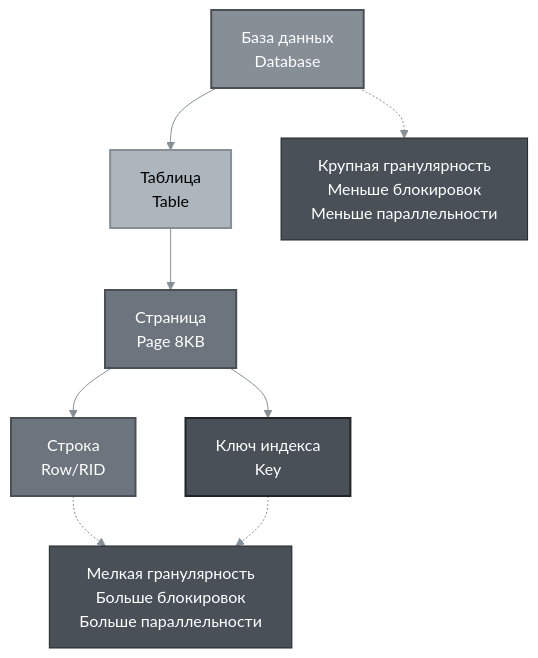
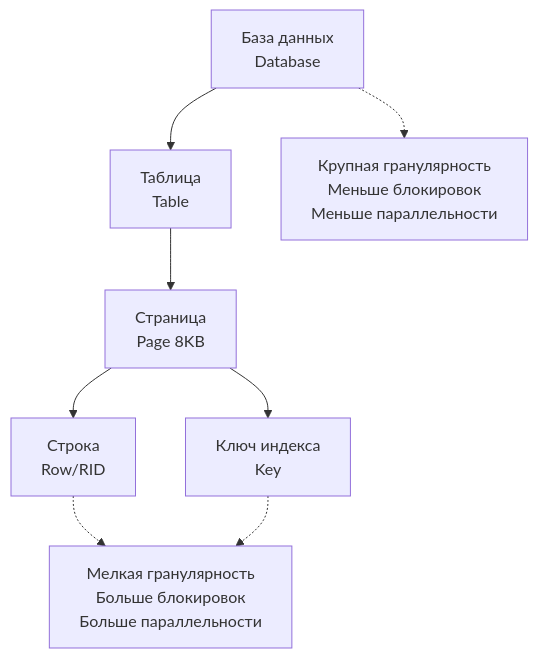
Before and after one commit to alx314vo/db_exam: diagram 11 of 23 in db_exam.md, drawn with Mermaid. The commit also changed other lines of this file and 1 other file, not shown here.

````diff
--- a/db_exam.md
+++ b/db_exam.md
@@ -572,21 +530,15 @@
 ```mermaid
-%%{init: {'theme':'base', 'themeVariables': {'primaryColor':'#495057','primaryTextColor':'#fff','primaryBorderColor':'#212529','lineColor':'#868e96','secondaryColor':'#6c757d','tertiaryColor':'#adb5bd','background':'#ffffff','textColor':'#212529'}}}%%
 graph TD
     A[База данных<br/>Database] --> B[Таблица<br/>Table]
     B --> C[Страница<br/>Page 8KB]
     C --> D[Строка<br/>Row/RID]
     C --> E[Ключ индекса<br/>Key]
     
-    style A fill:#868e96,stroke:#495057,stroke-width:2px,color:#fff
-    style B fill:#adb5bd,stroke:#868e96,stroke-width:2px,color:#000
-    style C fill:#6c757d,stroke:#495057,stroke-width:2px,color:#fff
-    style D fill:#6c757d,stroke:#495057,stroke-width:2px,color:#fff
-    style E fill:#495057,stroke:#212529,stroke-width:2px,color:#fff
     
     note1[Крупная гранулярность<br/>Меньше блокировок<br/>Меньше параллельности]
     note2[Мелкая гранулярность<br/>Больше блокировок<br/>Больше параллельности]
     
     A -.-> note1
     D -.-> note2
     E -.-> note2
 ```
````
